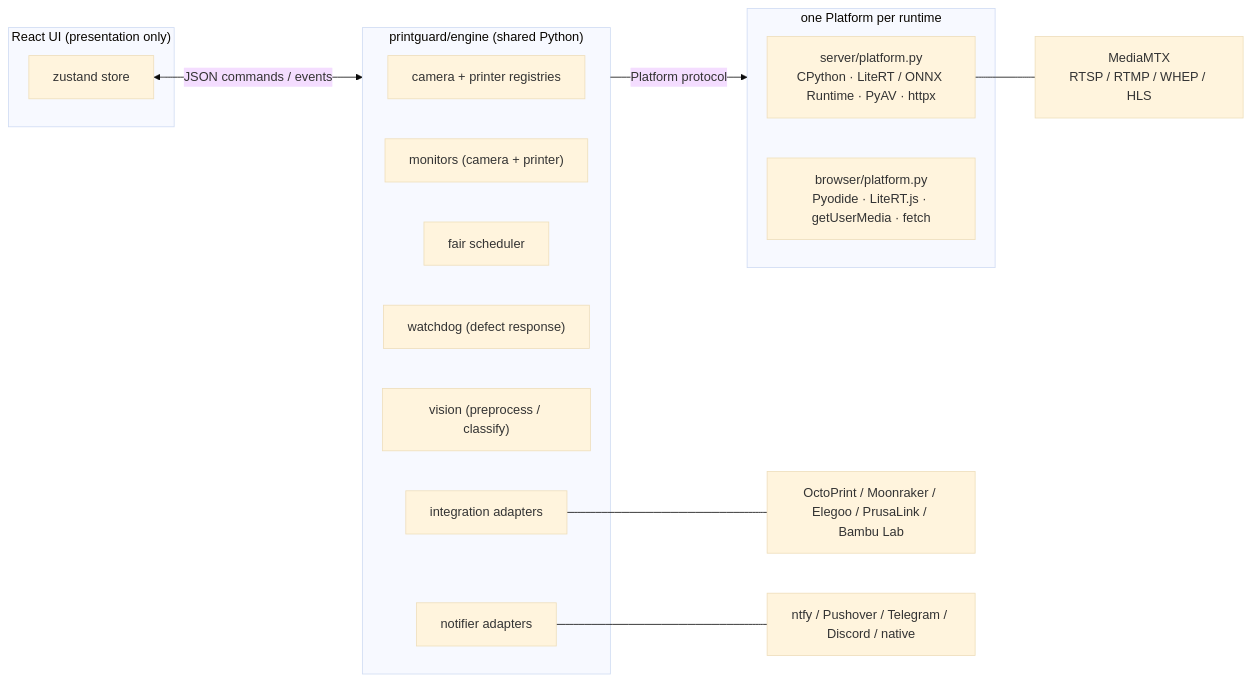
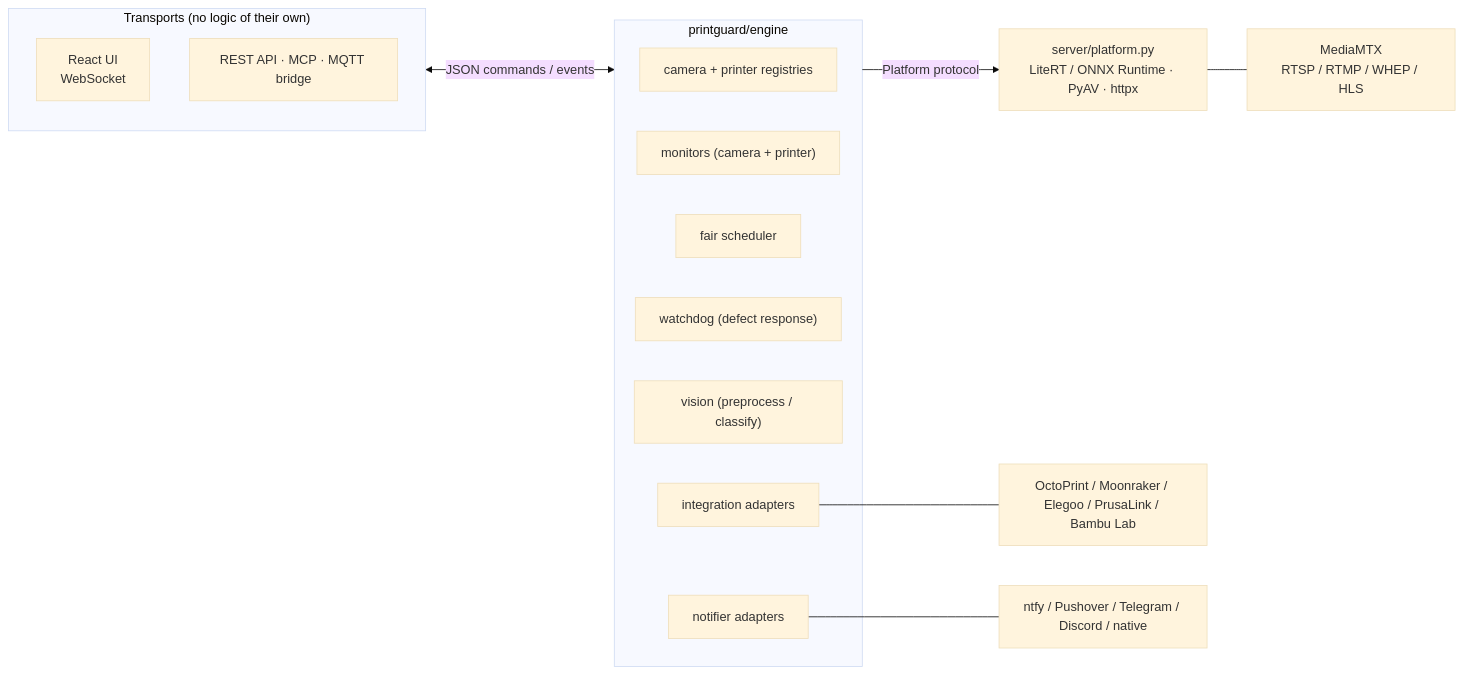
One commit to oliverbravery/PrintGuard changed the first of 5 diagrams in docs/architecture.md. Above: the diagram before and after it, drawn with Mermaid (base theme). The commit also changed other lines of this file and 11 other files, not shown here.

````diff
--- a/docs/architecture.md
+++ b/docs/architecture.md
@@ -30,29 +30,25 @@
 ```mermaid
 flowchart LR
-    subgraph UI["React UI (presentation only)"]
-        store["zustand store"]
+    subgraph transports["Transports (no logic of their own)"]
+        ui["React UI<br/>WebSocket"]
+        surface["REST API · MCP · MQTT bridge"]
     end
 
-    store <-- "JSON commands / events" --> engine
+    transports <-- "JSON commands / events" --> engine
 
-    subgraph engine["printguard/engine (shared Python)"]
+    subgraph engine["printguard/engine"]
         registry["camera + printer registries"]
         monitors["monitors (camera + printer)"]
         scheduler["fair scheduler"]
         watchdog["watchdog (defect response)"]
         vision["vision (preprocess / classify)"]
         integrations["integration adapters"]
         notifiers["notifier adapters"]
     end
 
-    engine -- "Platform protocol" --> platform
-
-    subgraph platform["one Platform per runtime"]
-        server["server/platform.py<br/>CPython · LiteRT / ONNX Runtime · PyAV · httpx"]
-        browser["browser/platform.py<br/>Pyodide · LiteRT.js · getUserMedia · fetch"]
-    end
+    engine -- "Platform protocol" --> server["server/platform.py<br/>LiteRT / ONNX Runtime · PyAV · httpx"]
 
     server --- mediamtx["MediaMTX<br/>RTSP / RTMP / WHEP / HLS"]
     integrations --- printersvc["OctoPrint / Moonraker / Elegoo / PrusaLink / Bambu Lab"]
     notifiers --- push["ntfy / Pushover / Telegram / Discord / native"]
 ```
````
